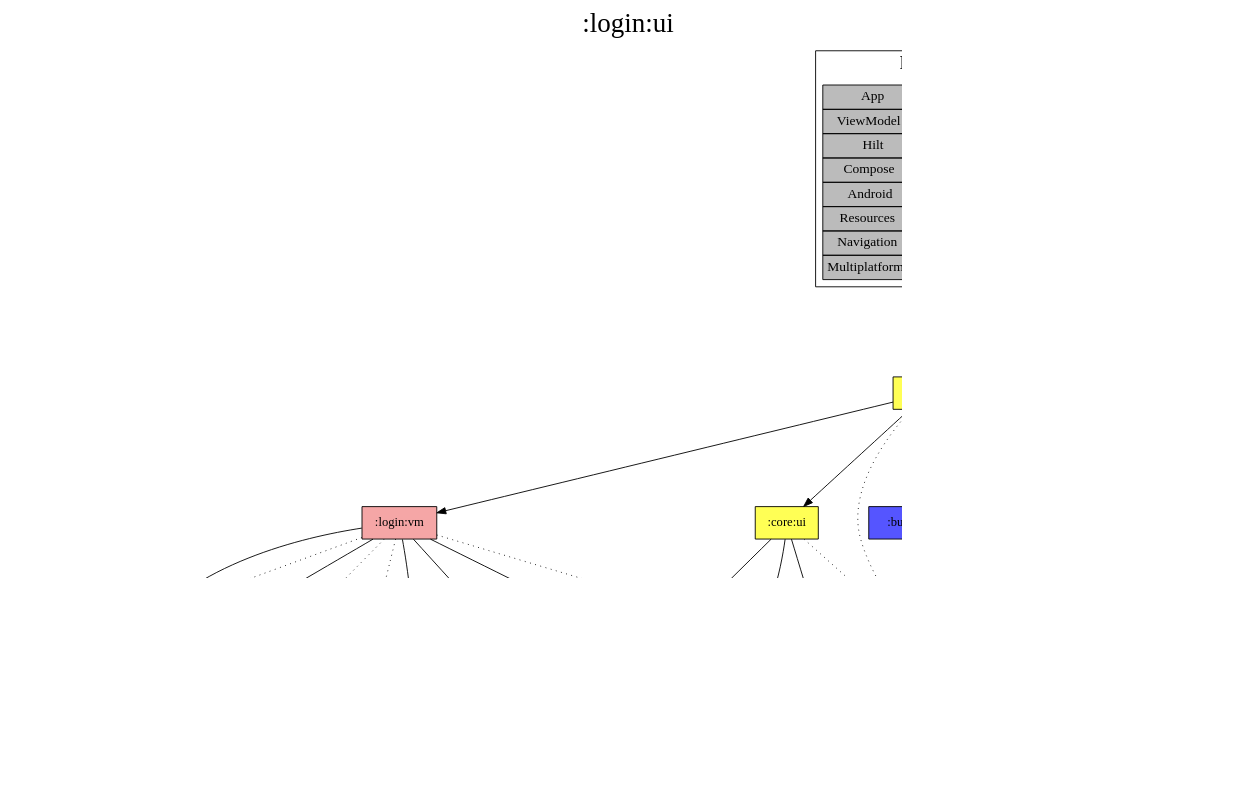
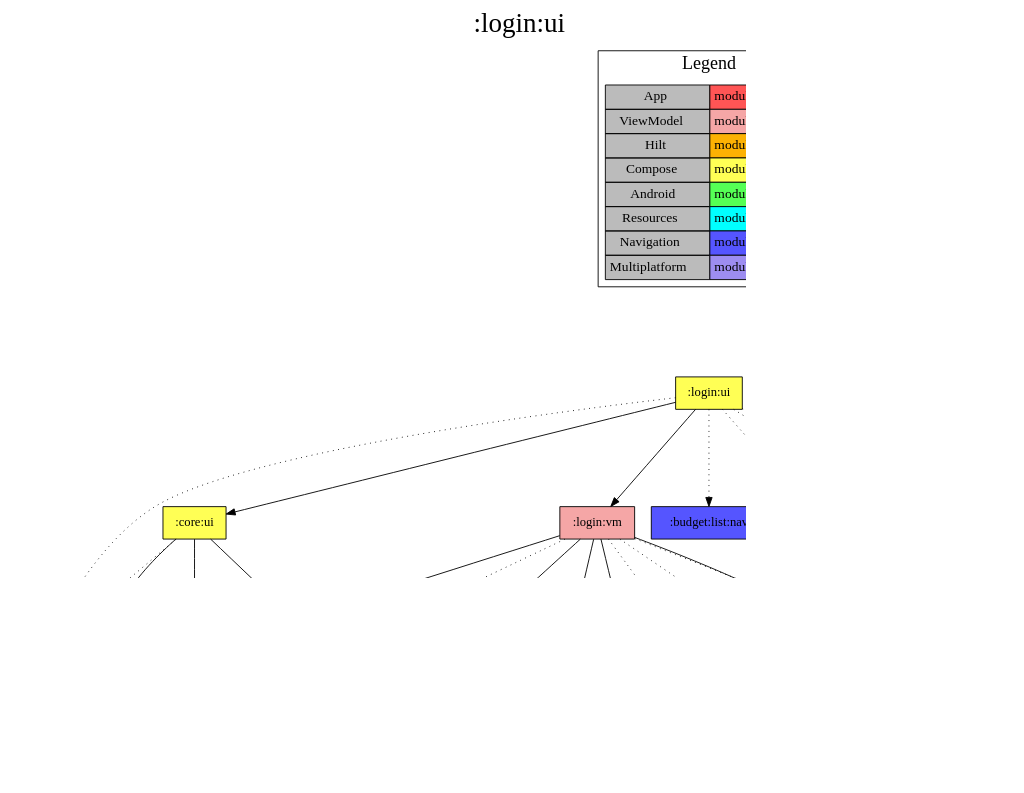
The diagram in modules/login/ui/project-dependency-graph.dot (jonapoul/aktual), drawn with Graphviz before and after one commit. The commit also changed 36 other files, not shown here.

```diff
--- a/modules/login/ui/project-dependency-graph.dot
+++ b/modules/login/ui/project-dependency-graph.dot
@@ -1,68 +1,69 @@
 digraph {
 edge ["dir"="forward"]
 graph ["dpi"="100","label"=":login:ui","labelloc"="t","fontsize"="30","ranksep"="1.5","rankdir"="TB"]
 node ["style"="filled"]
 ":login:ui" ["fillcolor"="#FFFF55","shape"="box"]
 ":core:ui" ["fillcolor"="#FFFF55","shape"="box"]
 ":core:colorscheme" ["fillcolor"="#9D8DF1","shape"="box"]
 ":core:versions" ["fillcolor"="#9D8DF1","shape"="box"]
 ":core:buildconfig" ["fillcolor"="#9D8DF1","shape"="box"]
 ":url:model" ["fillcolor"="#9D8DF1","shape"="box"]
 ":core:res" ["fillcolor"="#00FFFF","shape"="box"]
 ":login:vm" ["fillcolor"="#F5A6A6","shape"="box"]
 ":core:coroutines" ["fillcolor"="#9D8DF1","shape"="box"]
 ":core:log" ["fillcolor"="#9D8DF1","shape"="box"]
 ":login:model" ["fillcolor"="#9D8DF1","shape"="box"]
 ":api:actual" ["fillcolor"="#9D8DF1","shape"="box"]
 ":login:prefs" ["fillcolor"="#9D8DF1","shape"="box"]
 ":url:prefs" ["fillcolor"="#9D8DF1","shape"="box"]
 ":budget:list:nav" ["fillcolor"="#5555FF","shape"="box"]
 ":login:nav" ["fillcolor"="#5555FF","shape"="box"]
 ":login:res" ["fillcolor"="#00FFFF","shape"="box"]
 ":url:nav" ["fillcolor"="#5555FF","shape"="box"]
 {
 edge ["dir"="none"]
 graph ["rank"="same"]
 }
 ":login:ui" -> ":core:ui"
 ":login:ui" -> ":login:vm"
 ":login:ui" -> ":budget:list:nav" ["style"="dotted"]
 ":login:ui" -> ":core:res" ["style"="dotted"]
 ":login:ui" -> ":login:nav" ["style"="dotted"]
 ":login:ui" -> ":login:res" ["style"="dotted"]
 ":login:ui" -> ":url:nav" ["style"="dotted"]
 ":core:ui" -> ":core:colorscheme"
 ":core:ui" -> ":core:versions"
 ":core:ui" -> ":url:model"
 ":core:ui" -> ":core:res" ["style"="dotted"]
 ":core:versions" -> ":core:buildconfig"
 ":login:vm" -> ":core:colorscheme"
 ":login:vm" -> ":core:coroutines"
 ":login:vm" -> ":core:log"
 ":login:vm" -> ":login:model"
 ":login:vm" -> ":url:model"
 ":login:vm" -> ":api:actual" ["style"="dotted"]
 ":login:vm" -> ":core:versions" ["style"="dotted"]
 ":login:vm" -> ":login:prefs" ["style"="dotted"]
 ":login:vm" -> ":url:prefs" ["style"="dotted"]
 ":api:actual" -> ":login:model"
 ":api:actual" -> ":url:model"
 ":login:prefs" -> ":login:model"
 ":url:prefs" -> ":url:model"
+":budget:list:nav" -> ":login:model"
 subgraph "cluster_legend" {
 edge ["dir"="none"]
 graph ["label"="Legend","fontsize"="20"]
 "Legend" ["style"="filled","fillcolor"="#bbbbbb","shape"="none","margin"="0","fontsize"="15","label"=<
 <TABLE BORDER="0" CELLBORDER="1" CELLSPACING="0" CELLPADDING="4">
 <TR><TD>App</TD><TD BGCOLOR="#FF5555">module-name</TD></TR>
 <TR><TD>ViewModel</TD><TD BGCOLOR="#F5A6A6">module-name</TD></TR>
 <TR><TD>Hilt</TD><TD BGCOLOR="#FCB103">module-name</TD></TR>
 <TR><TD>Compose</TD><TD BGCOLOR="#FFFF55">module-name</TD></TR>
 <TR><TD>Android</TD><TD BGCOLOR="#55FF55">module-name</TD></TR>
 <TR><TD>Resources</TD><TD BGCOLOR="#00FFFF">module-name</TD></TR>
 <TR><TD>Navigation</TD><TD BGCOLOR="#5555FF">module-name</TD></TR>
 <TR><TD>Multiplatform</TD><TD BGCOLOR="#9D8DF1">module-name</TD></TR>
 </TABLE>
 >]
 } -> ":login:ui" ["style"="invis"]
 }
```
